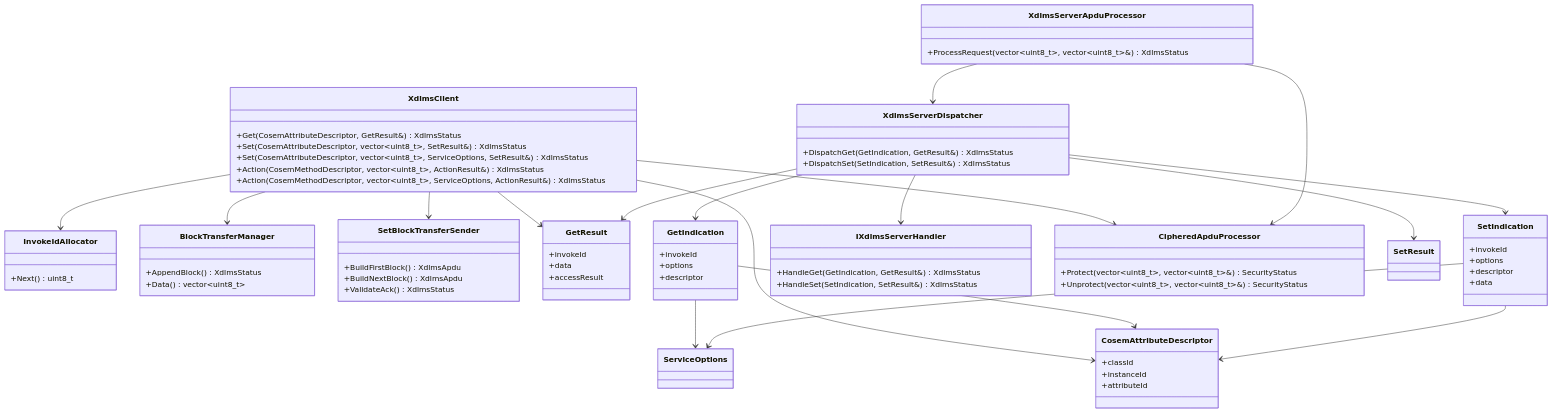
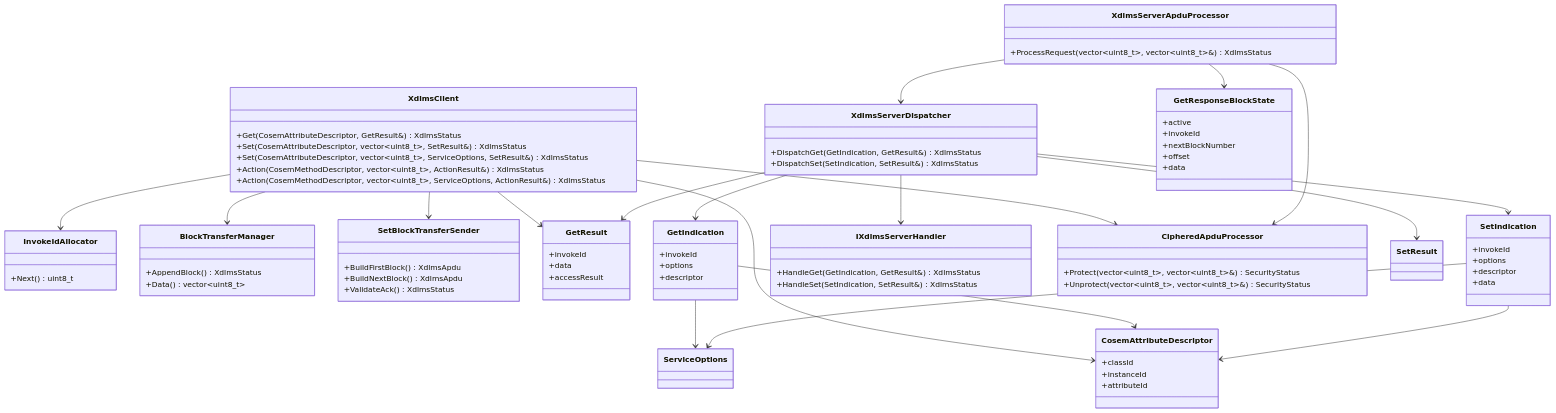
The diagram in docs/01_xdlms_api.md (gvtret/dlms-xdlms), drawn with Mermaid before and after one commit. The commit also changed other lines of this file and 4 other files, not shown here.

First line of the commit message:
docs(xdlms): define server get response blocks

````diff
--- a/docs/01_xdlms_api.md
+++ b/docs/01_xdlms_api.md
@@ -327,6 +336,14 @@
     +ProcessRequest(vector~uint8_t~, vector~uint8_t~&) XdlmsStatus
   }
 
+  class GetResponseBlockState {
+    +active
+    +invokeId
+    +nextBlockNumber
+    +offset
+    +data
+  }
+
   class CipheredApduProcessor {
     +Protect(vector~uint8_t~, vector~uint8_t~&) SecurityStatus
     +Unprotect(vector~uint8_t~, vector~uint8_t~&) SecurityStatus
@@ -347,6 +364,7 @@
   XdlmsServerDispatcher --> SetIndication
   XdlmsServerDispatcher --> SetResult
   XdlmsServerApduProcessor --> XdlmsServerDispatcher
+  XdlmsServerApduProcessor --> GetResponseBlockState
   XdlmsClient --> CipheredApduProcessor
   XdlmsServerApduProcessor --> CipheredApduProcessor
 ```
````
